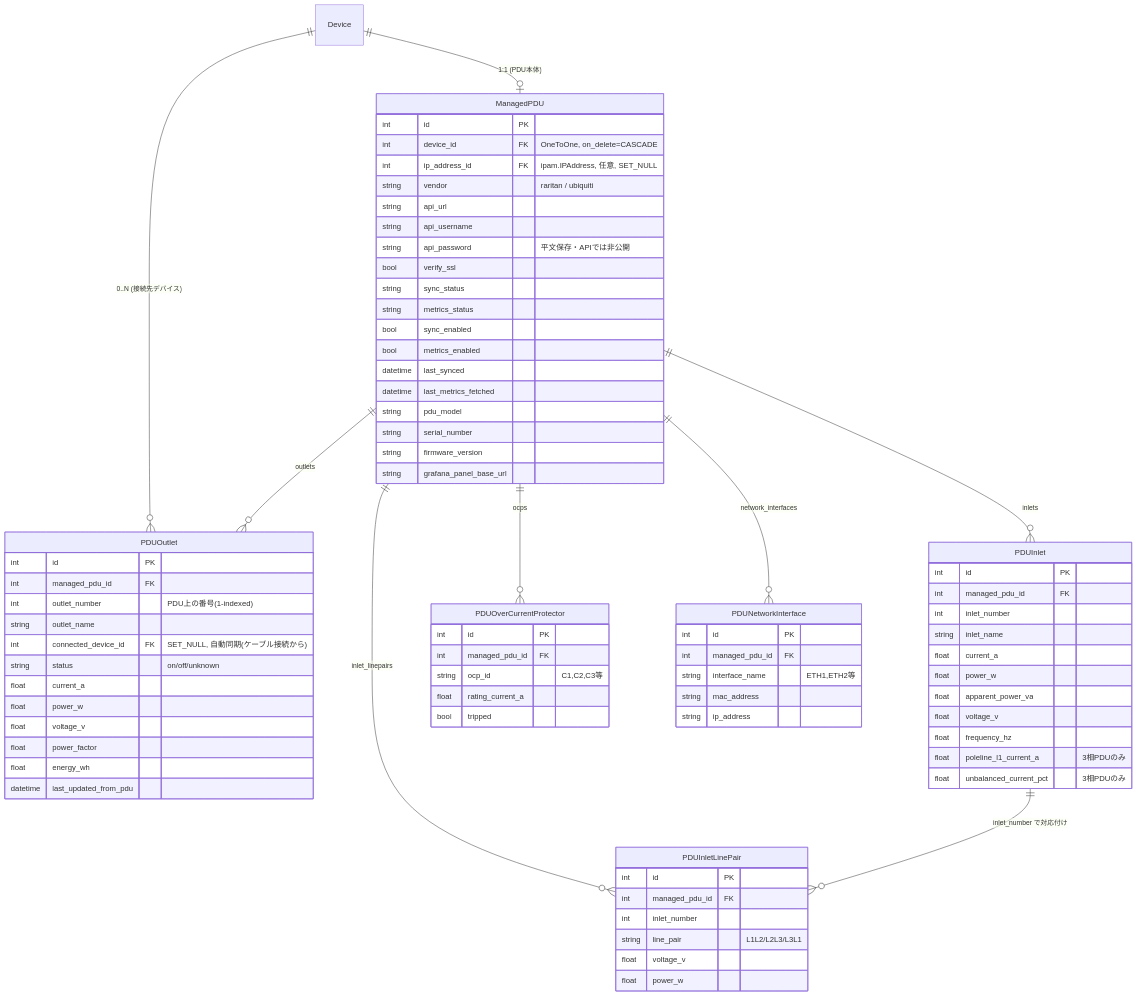
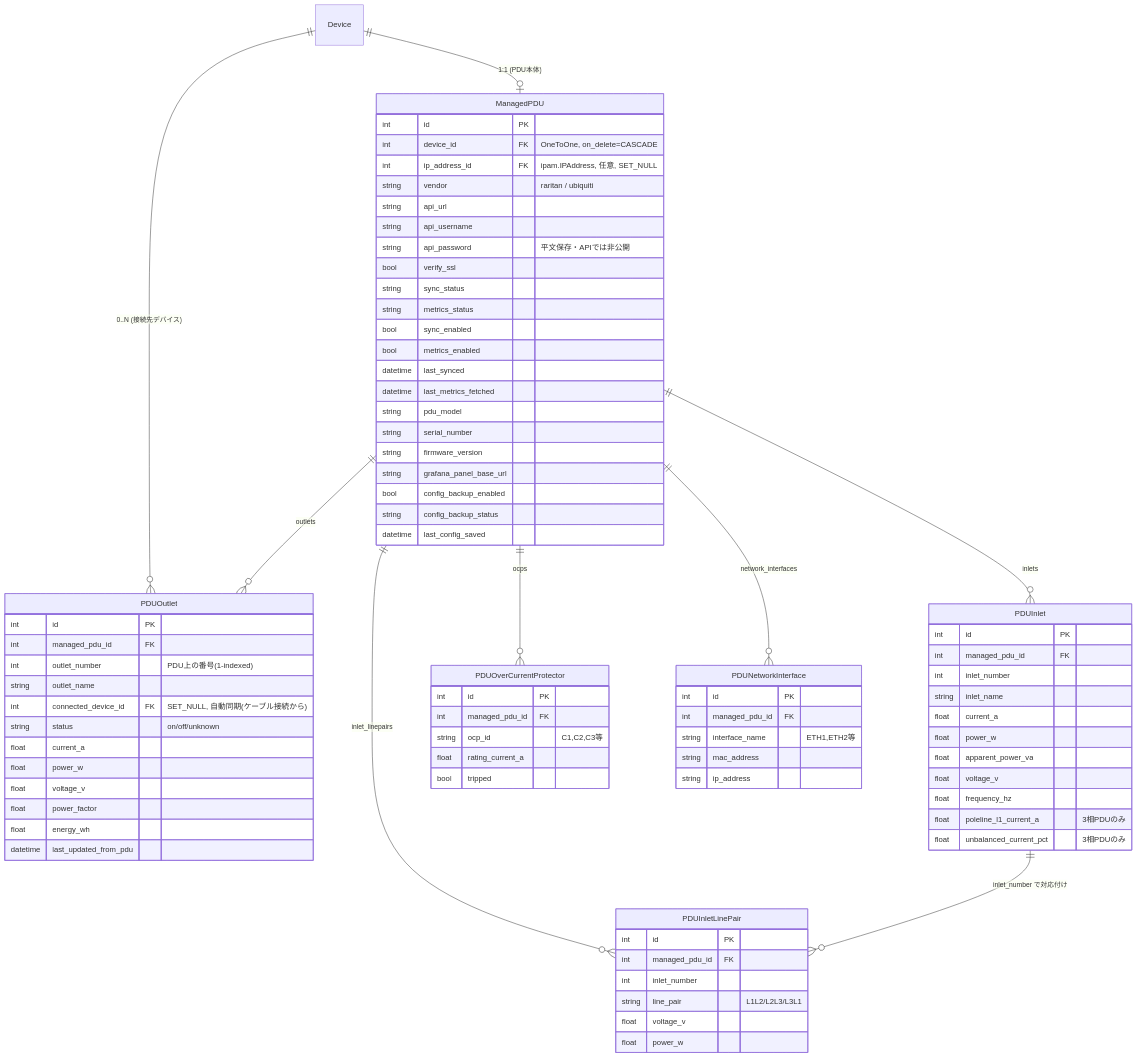
One commit to tak-labo/netbox-pdu-control changed the second of 9 diagrams in docs/design.md. Above: the diagram before and after it, drawn with Mermaid. The commit also changed other lines of this file and 6 other files, not shown here.

```diff
--- a/docs/design.md
+++ b/docs/design.md
@@ -101,6 +109,9 @@
         string serial_number
         string firmware_version
         string grafana_panel_base_url
+        bool config_backup_enabled
+        string config_backup_status
+        datetime last_config_saved
     }
 
     PDUOutlet {
```
